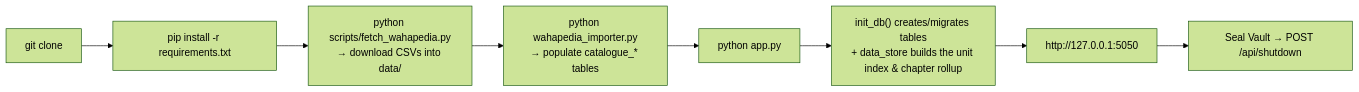
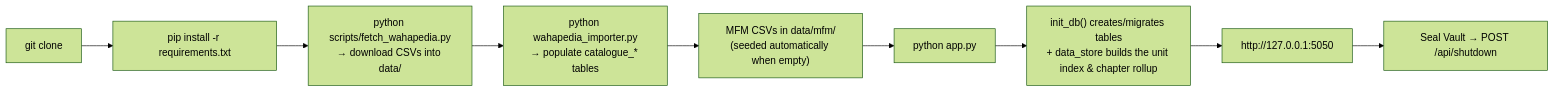
Diagram 12 of 12 in CODEX_ARMORUM_APP_MAP.md (Unfunded8495/Codex-Armorum), drawn with Mermaid (forest theme) before and after one commit. The commit also changed other lines of this file and 22 other files, not shown here.

````diff
--- a/CODEX_ARMORUM_APP_MAP.md
+++ b/CODEX_ARMORUM_APP_MAP.md
@@ -496,10 +501,11 @@
 ```mermaid
 flowchart LR
     A["git clone"] --> B["pip install -r requirements.txt"]
     B --> C["python scripts/fetch_wahapedia.py<br/>→ download CSVs into data/"]
     C --> D["python wahapedia_importer.py<br/>→ populate catalogue_* tables"]
-    D --> E["python app.py"]
-    E --> F["init_db() creates/migrates tables<br/>+ data_store builds the unit index & chapter rollup"]
-    F --> G["http://127.0.0.1:5050"]
-    G --> H["Seal Vault → POST /api/shutdown"]
+    D --> E["MFM CSVs in data/mfm/<br/>(seeded automatically when empty)"]
+    E --> F["python app.py"]
+    F --> G["init_db() creates/migrates tables<br/>+ data_store builds the unit index & chapter rollup"]
+    G --> H["http://127.0.0.1:5050"]
+    H --> I["Seal Vault → POST /api/shutdown"]
 ```
````
